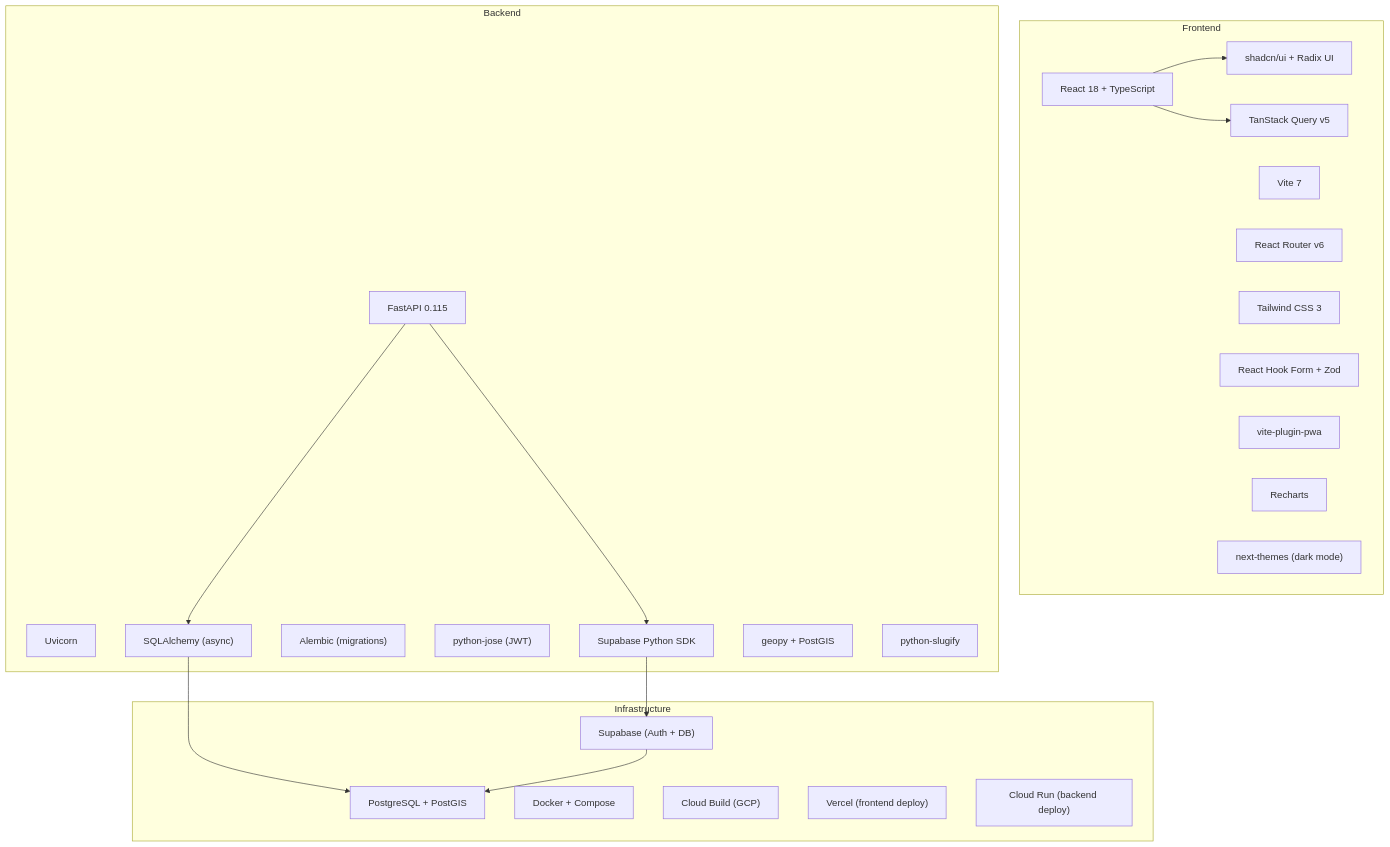
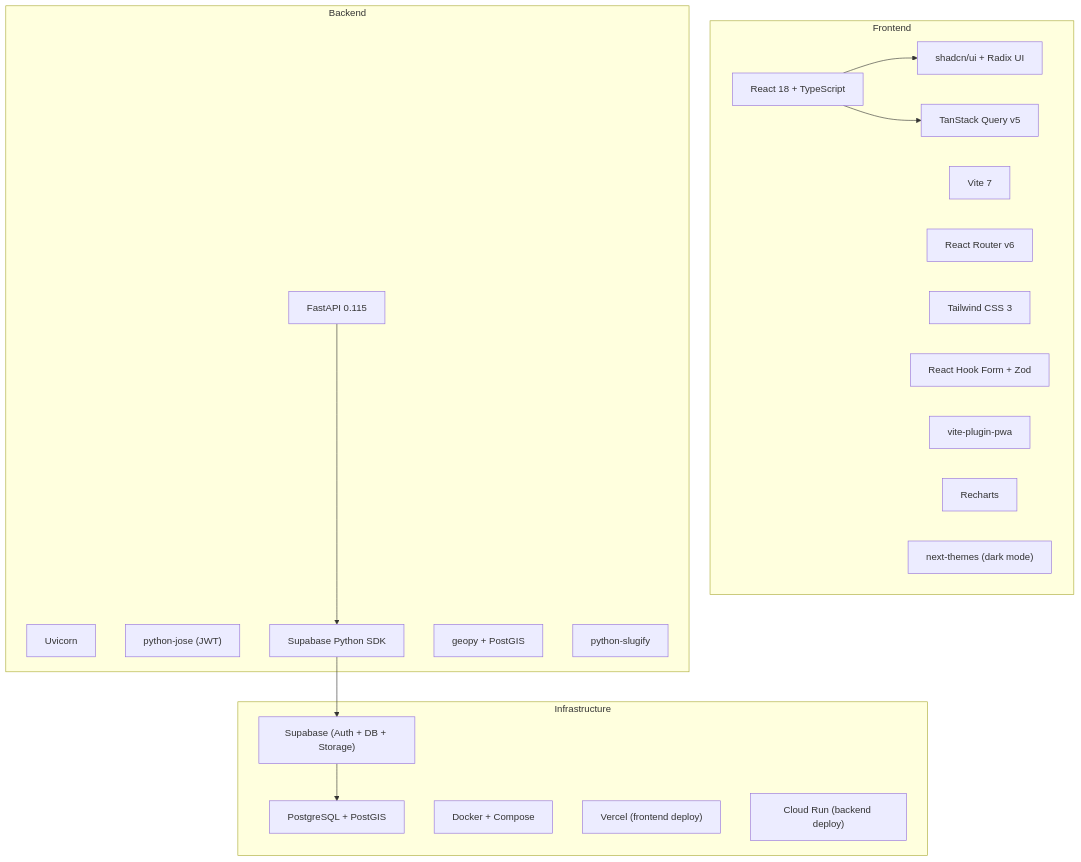
Before and after one commit to snsyaqirah/SinggahLuhh: the fourth of 12 diagrams in README.md, drawn with Mermaid. The commit also changed other lines of this file, not shown here.

````diff
--- a/README.md
+++ b/README.md
@@ -157,41 +241,37 @@
 ```mermaid
 graph TD
     subgraph "Frontend"
         FW["React 18 + TypeScript"]
         VT["Vite 7"]
         RR["React Router v6"]
         TQ["TanStack Query v5"]
         UI["shadcn/ui + Radix UI"]
         TW["Tailwind CSS 3"]
         RHF["React Hook Form + Zod"]
         PWA["vite-plugin-pwa"]
         RC["Recharts"]
         NT["next-themes (dark mode)"]
     end
 
     subgraph "Backend"
         FA["FastAPI 0.115"]
         UV["Uvicorn"]
-        SA["SQLAlchemy (async)"]
-        AL["Alembic (migrations)"]
         PJ["python-jose (JWT)"]
         SB["Supabase Python SDK"]
         GEO["geopy + PostGIS"]
         SL["python-slugify"]
     end
 
     subgraph "Infrastructure"
-        SBA["Supabase (Auth + DB)"]
+        SBA["Supabase (Auth + DB + Storage)"]
         PG["PostgreSQL + PostGIS"]
         DK["Docker + Compose"]
-        CB["Cloud Build (GCP)"]
         VE["Vercel (frontend deploy)"]
         CR["Cloud Run (backend deploy)"]
     end
 
     FW --> UI
     FW --> TQ
-    FA --> SA --> PG
     FA --> SB --> SBA
     SBA --> PG
 ```
````
